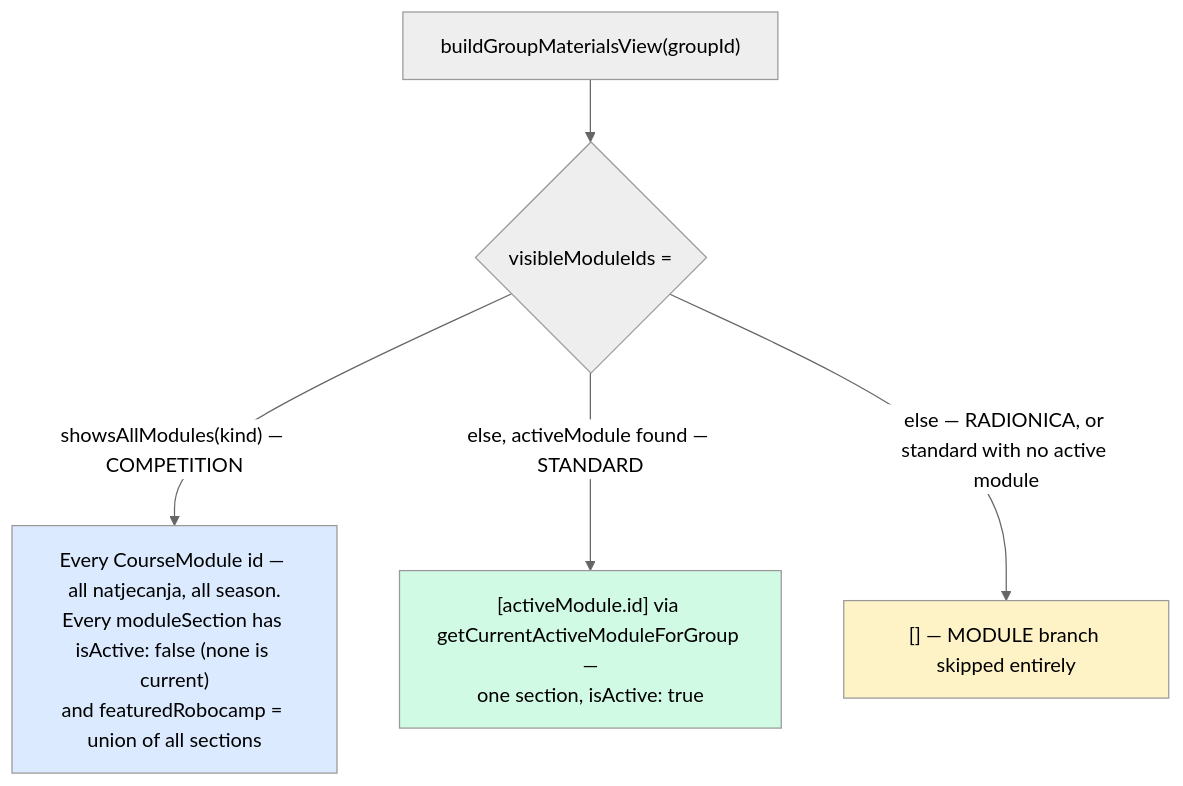
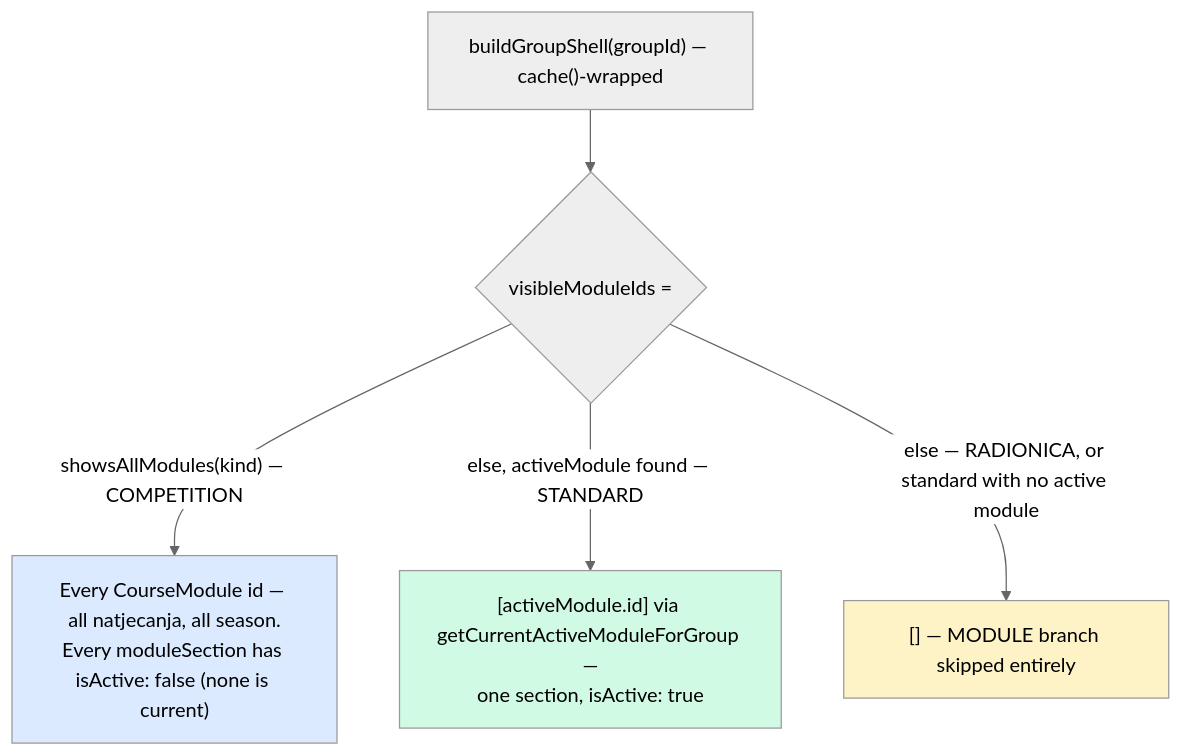
One commit to jpucic00/inovatic changed the fourth of 4 diagrams in docs/diagrams/material-scope.md. Above: the diagram before and after it, drawn with Mermaid (neutral theme). The commit also changed other lines of this file and 23 other files, not shown here.

````diff
--- a/docs/diagrams/material-scope.md
+++ b/docs/diagrams/material-scope.md
@@ -102,11 +102,11 @@
 ```mermaid
 flowchart TD
-    A["buildGroupMaterialsView(groupId)"] --> B{"visibleModuleIds ="}
-    B -->|"showsAllModules(kind) — COMPETITION"| ALL["Every CourseModule id — all natjecanja, all season.<br/>Every moduleSection has isActive: false (none is current)<br/>and featuredRobocamp = union of all sections"]
+    A["buildGroupShell(groupId) — cache()-wrapped"] --> B{"visibleModuleIds ="}
+    B -->|"showsAllModules(kind) — COMPETITION"| ALL["Every CourseModule id — all natjecanja, all season.<br/>Every moduleSection has isActive: false (none is current)"]
     B -->|"else, activeModule found — STANDARD"| ONE["[activeModule.id] via getCurrentActiveModuleForGroup —<br/>one section, isActive: true"]
     B -->|"else — RADIONICA, or standard with no active module"| NONE["[] — MODULE branch skipped entirely"]
 
     style ALL fill:#dbeafe
     style ONE fill:#d1fae5
     style NONE fill:#fef3c7
 ```
````
